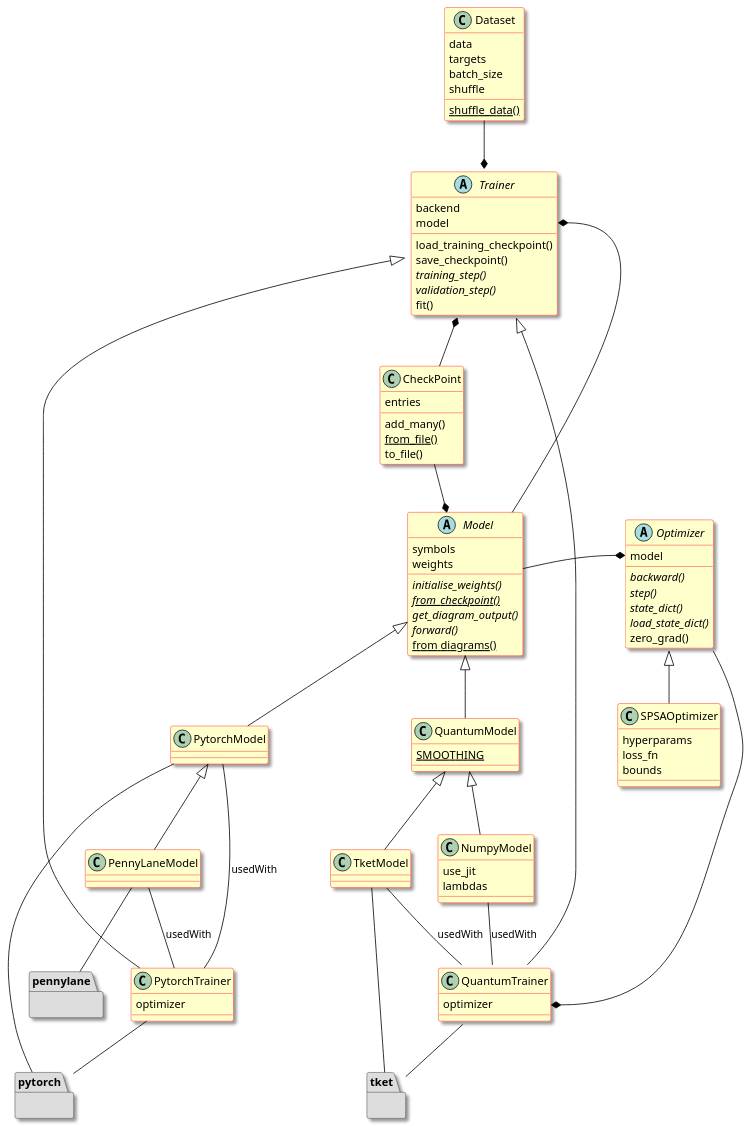
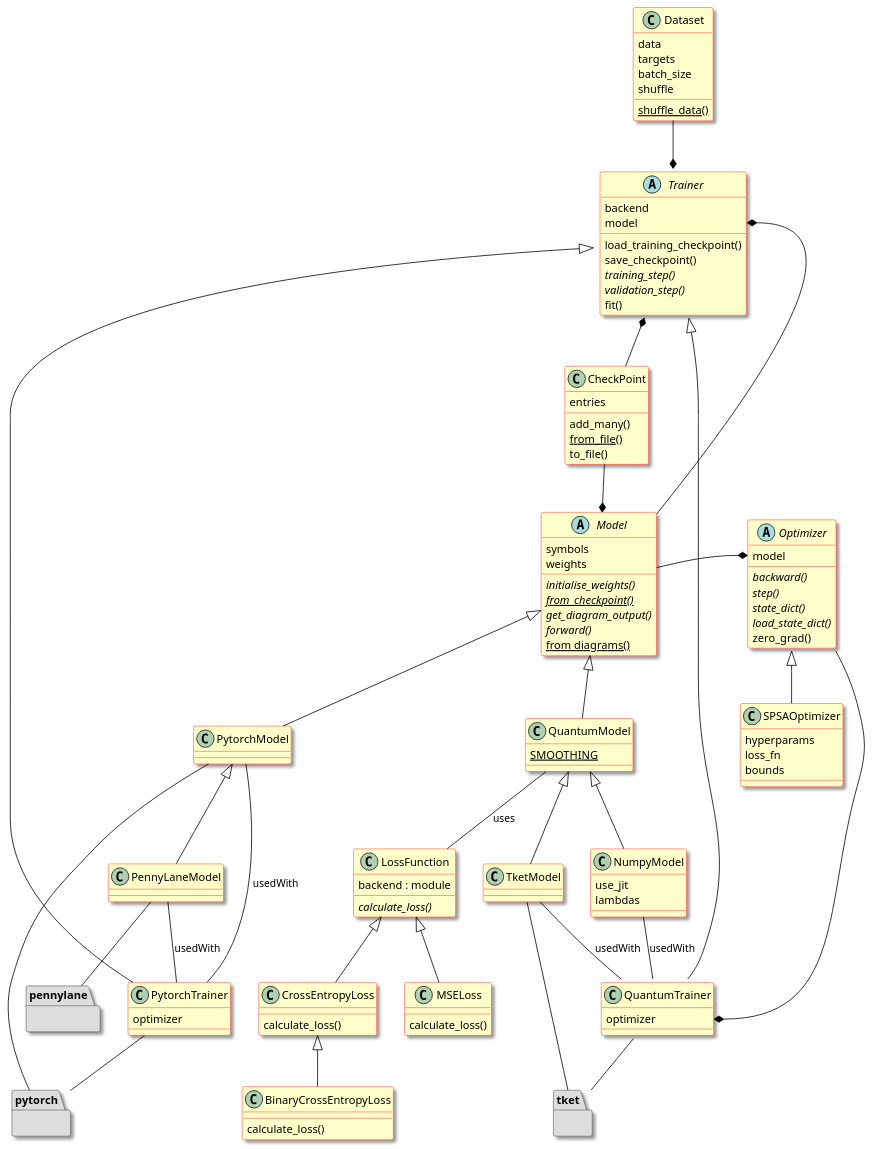
The diagram in docs/puml/training.puml (blakewilsonquantinuum/lambeq-public), drawn with PlantUML before and after one commit. The commit also changed 6 other files, not shown here.

```diff
--- a/docs/puml/training.puml
+++ b/docs/puml/training.puml
@@ -1,113 +1,135 @@
 @startuml
 
 set namespaceseparator none
 skinparam dpi 96
 skinparam ArrowColor Black
 skinparam shadowing true
 skinparam class {
   backgroundColor Business
   borderColor Red
 }
 
 package pytorch #DDDDDD {}
 package tket #DDDDDD {}
 package pennylane #DDDDDD {}
 
 abstract class Model {
     symbols
     weights
     {abstract} initialise_weights()
     {abstract}{static} from_checkpoint()
     {abstract} get_diagram_output()
     {abstract} forward()
     {static} from diagrams()
 }
 
 abstract class Trainer {
     backend
     model
     load_training_checkpoint()
     save_checkpoint()
     {abstract} training_step()
     {abstract} validation_step()
     fit()
 }
 
 abstract class Optimizer {
     model
     {abstract} backward()
     {abstract} step()
     {abstract} state_dict()
     {abstract} load_state_dict()
     zero_grad()
 }
 
 class Dataset {
     data
     targets
     batch_size
     shuffle
     {static} shuffle_data()
 }
 
 class CheckPoint {
     entries
     add_many()
     {static} from_file()
     to_file()
 }
 
 class PytorchModel {}
 class PennyLaneModel {}
 class NumpyModel {
     use_jit
     lambdas
 }
 class TketModel {}
 class QuantumModel {
     {static} SMOOTHING
 }
 
 class QuantumTrainer {
     optimizer
 }
 
 class PytorchTrainer {
     optimizer
 }
 
 class SPSAOptimizer {
     hyperparams
     loss_fn
     bounds
 }
 
+class BinaryCrossEntropyLoss {
+  calculate_loss()
+}
+
+class CrossEntropyLoss {
+  calculate_loss()
+}
+
+class LossFunction {
+  backend : module
+  {abstract}calculate_loss()
+}
+
+class MSELoss {
+  calculate_loss()
+}
+
 Model <|-- PytorchModel
 PytorchModel <|-- PennyLaneModel
 Model <|-- QuantumModel
 QuantumModel <|-- TketModel
 QuantumModel <|-- NumpyModel
 Trainer <|-- PytorchTrainer
 Trainer <|-- QuantumTrainer
 
 Optimizer <|-- SPSAOptimizer
 
 PennyLaneModel -- pennylane
 PytorchModel -- pytorch
 PytorchTrainer -- pytorch
 TketModel -- tket
 QuantumTrainer -- tket
 
 Trainer *-- CheckPoint
 CheckPoint --* Model
 Trainer::model *- Model
 Trainer *-u- Dataset
 Model -* Optimizer::model
 Optimizer -* QuantumTrainer::optimizer
 
 PennyLaneModel -- PytorchTrainer: usedWith
 PytorchModel -- PytorchTrainer: usedWith
 NumpyModel -- QuantumTrainer: usedWith
 TketModel -- QuantumTrainer: usedWith
+QuantumModel -- LossFunction: uses
+
+CrossEntropyLoss <|-- BinaryCrossEntropyLoss
+LossFunction <|-- CrossEntropyLoss
+LossFunction <|-- MSELoss
 
 @enduml
```
